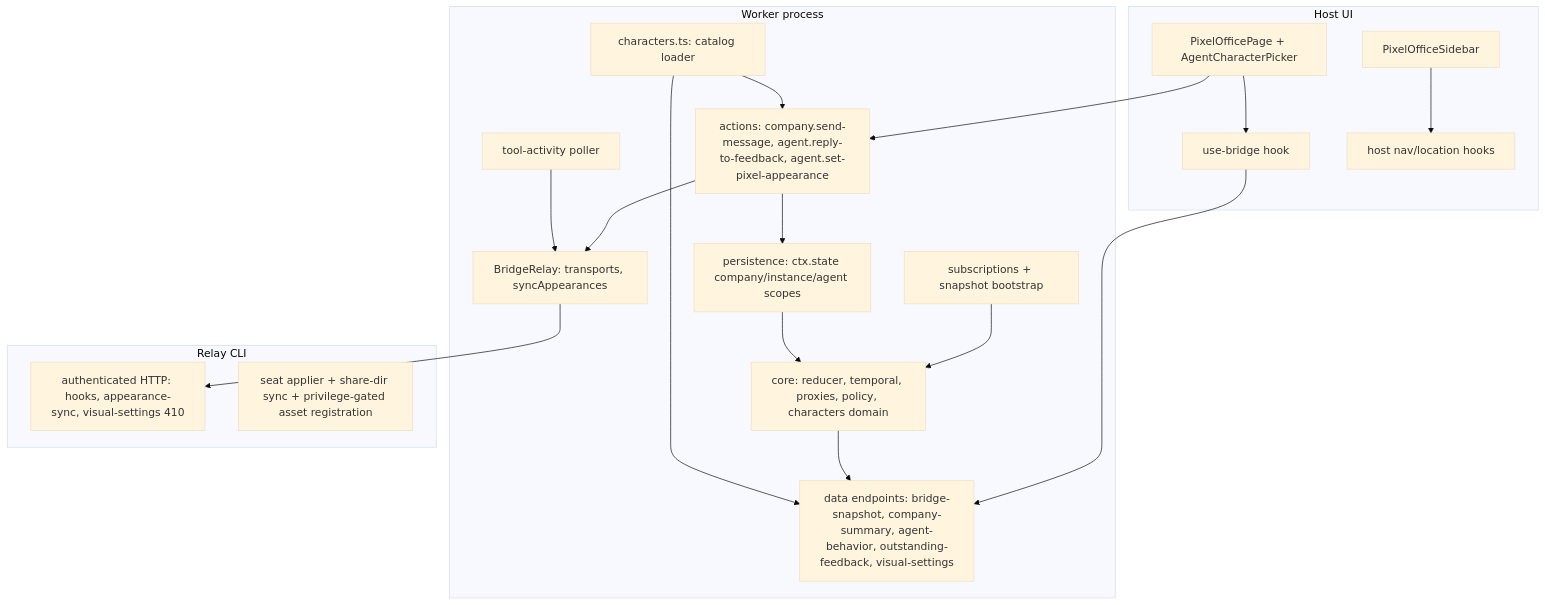
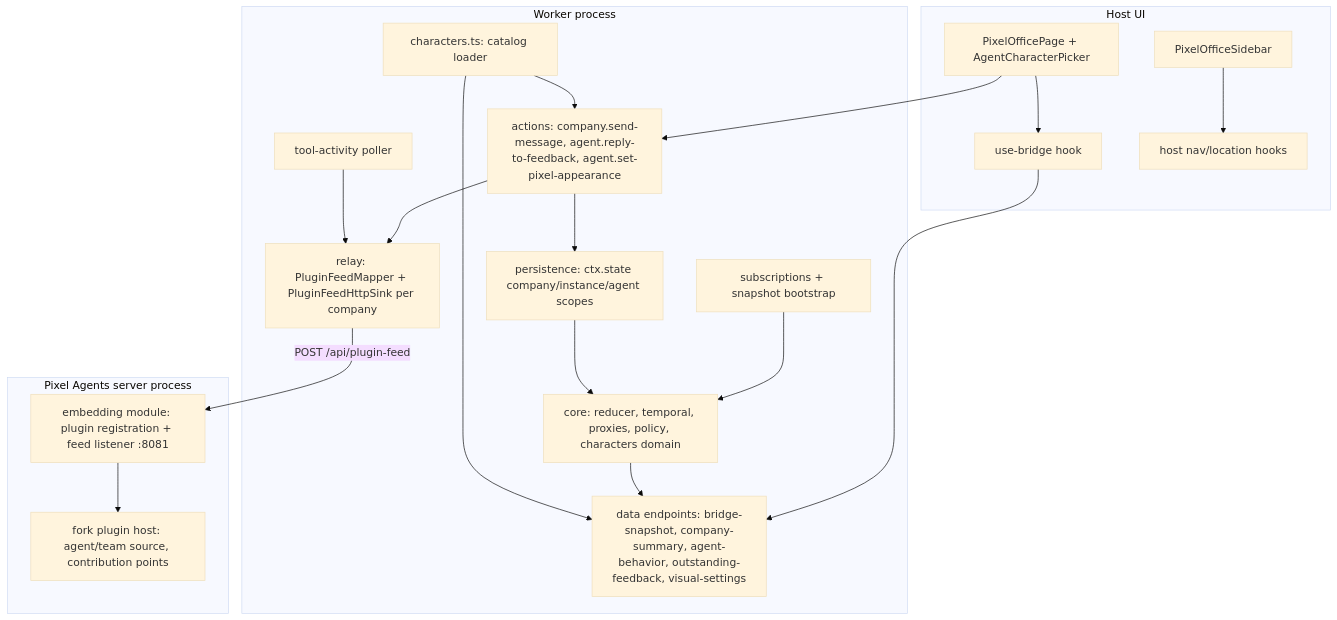
The second of 3 diagrams in workdocs/ai/architecture-handbook.md (decaf-ts/paperclip-pixels), drawn with Mermaid (base theme) before and after one commit. The commit also changed other lines of this file and 56 other files, not shown here.

Commit message:
PAPERCLIP_PIXELS-2: run the paperclip bridge as a first-class plugin with authenticated feed and embedding loader; retire impersonation hacks

````diff
--- a/workdocs/ai/architecture-handbook.md
+++ b/workdocs/ai/architecture-handbook.md
@@ -191,35 +203,36 @@
 ```mermaid
 graph TD
     subgraph Host UI
         PAGE[PixelOfficePage + AgentCharacterPicker]
         SIDE[PixelOfficeSidebar]
         HOOK[use-bridge hook]
         NAV[host nav/location hooks]
     end
     subgraph Worker process
         SUB[subscriptions + snapshot bootstrap]
         CORE[core: reducer, temporal, proxies, policy, characters domain]
         ACT[actions: company.send-message, agent.reply-to-feedback, agent.set-pixel-appearance]
         DATA[data endpoints: bridge-snapshot, company-summary, agent-behavior, outstanding-feedback, visual-settings]
         PERS[persistence: ctx.state company/instance/agent scopes]
         CHARS[characters.ts: catalog loader]
-        RELAY[BridgeRelay: transports, syncAppearances]
+        RELAY[relay: PluginFeedMapper + PluginFeedHttpSink per company]
         POLL[tool-activity poller]
     end
-    subgraph Relay CLI
-        HTTP[authenticated HTTP: hooks, appearance-sync, visual-settings 410]
-        APPLY[seat applier + share-dir sync + privilege-gated asset registration]
+    subgraph Pixel Agents server process
+        EMB[embedding module: plugin registration + feed listener :8081]
+        HOST[fork plugin host: agent/team source, contribution points]
     end
     PAGE --> HOOK --> DATA
     PAGE --> ACT
     SIDE --> NAV
     SUB --> CORE
     CORE --> DATA
     ACT --> PERS
     ACT --> RELAY
     CHARS --> DATA
     CHARS --> ACT
     PERS --> CORE
-    RELAY --> HTTP
+    RELAY -->|POST /api/plugin-feed| EMB
+    EMB --> HOST
     POLL --> RELAY
 ```
````
